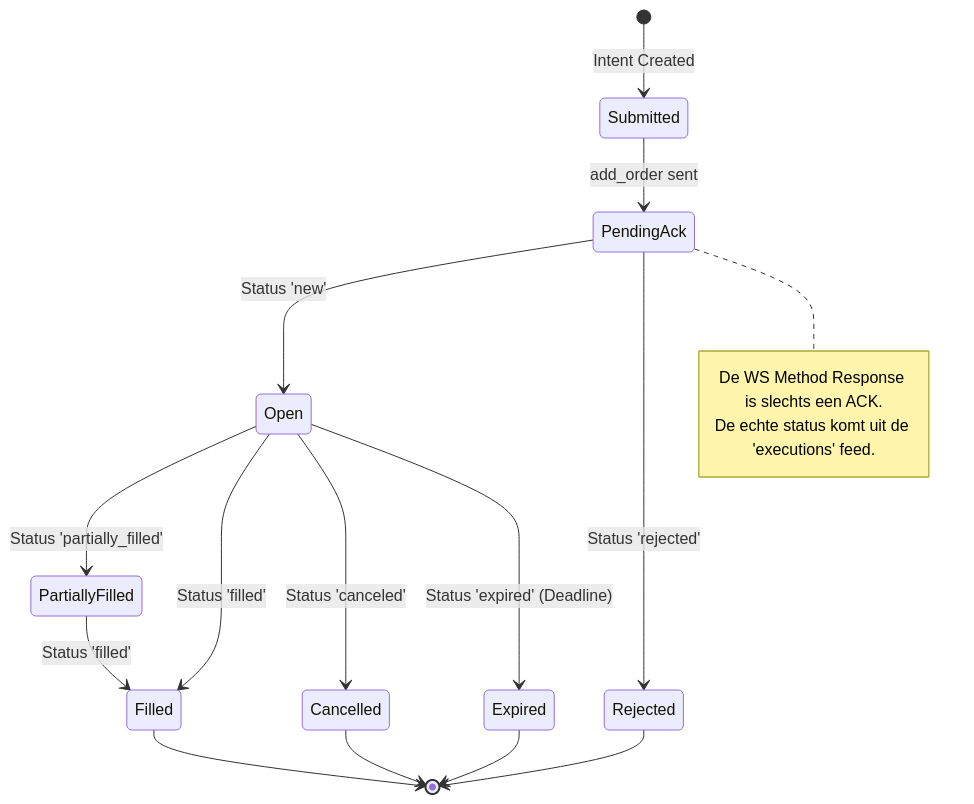
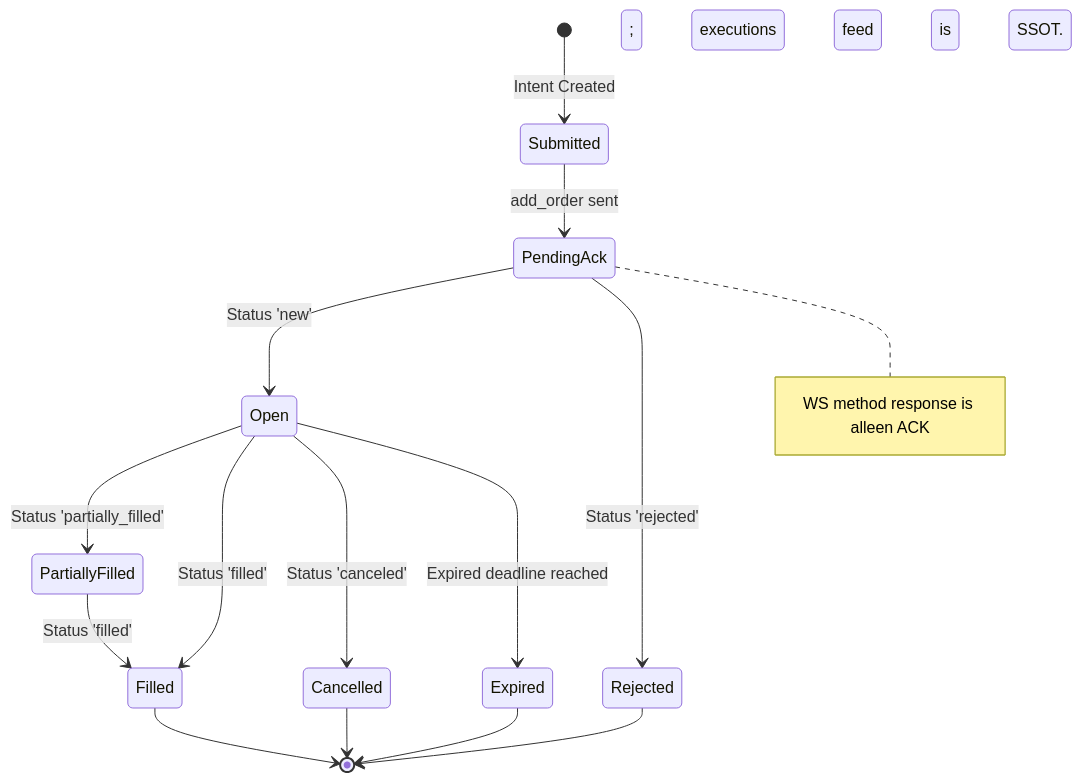
The diagram in content/docs/04_EXECUTION_ORDERS.md (Davelaar/KapitaalBot-Website), drawn with Mermaid before and after one commit. The commit also changed 5 other files, not shown here.

````diff
--- a/content/docs/04_EXECUTION_ORDERS.md
+++ b/content/docs/04_EXECUTION_ORDERS.md
@@ -48,20 +48,20 @@
 ```mermaid
 stateDiagram-v2
     [*] --> Submitted: Intent Created
     Submitted --> PendingAck: add_order sent
     PendingAck --> Open: Status 'new'
     Open --> PartiallyFilled: Status 'partially_filled'
     PartiallyFilled --> Filled: Status 'filled'
     Open --> Filled: Status 'filled'
     
     Open --> Cancelled: Status 'canceled'
     PendingAck --> Rejected: Status 'rejected'
-    Open --> Expired: Status 'expired' (Deadline)
+    Open --> Expired: Expired deadline reached
     
     Filled --> [*]
     Cancelled --> [*]
     Rejected --> [*]
     Expired --> [*]
 
-    Note right of PendingAck: De WS Method Response is slechts een ACK.<br/>De echte status komt uit de 'executions' feed.
+    Note right of PendingAck: WS method response is alleen ACK; executions feed is SSOT.
 ```
````
